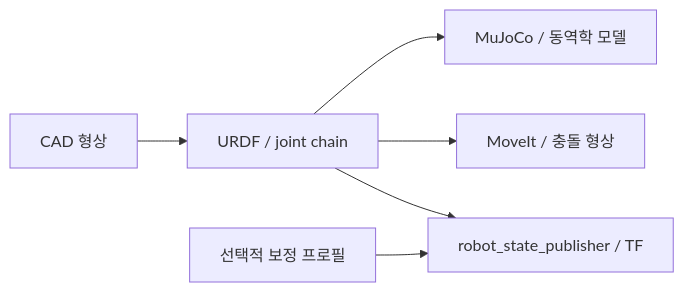
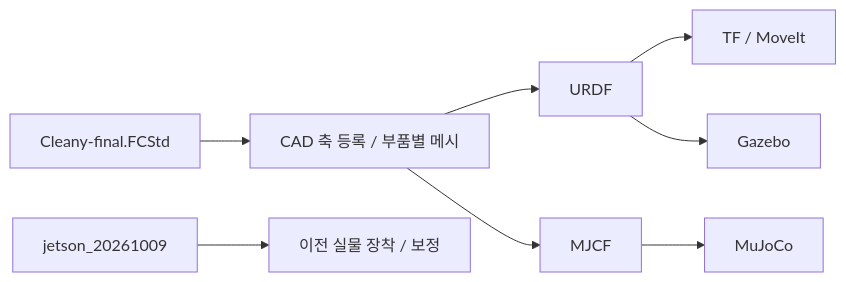
The diagram in ros2_ws/src/cleany_description/docs/model.md (asm17-moving-agent/cleany), drawn with Mermaid before and after one commit. The commit also changed other lines of this file and 836 other files, not shown here.

````diff
--- a/ros2_ws/src/cleany_description/docs/model.md
+++ b/ros2_ws/src/cleany_description/docs/model.md
@@ -3,8 +5,10 @@
 ```mermaid
 flowchart LR
-  CAD["CAD 형상"] --> URDF["URDF / joint chain"]
-  URDF --> TF["robot_state_publisher / TF"]
-  URDF --> MoveIt["MoveIt / 충돌 형상"]
-  URDF --> MJCF["MuJoCo / 동역학 모델"]
-  Cal["선택적 보정 프로필"] --> TF
+  CAD[Cleany-final.FCStd] --> Export[CAD 축 등록 / 부품별 메시]
+  Export --> URDF[URDF]
+  Export --> MJCF[MJCF]
+  URDF --> TF[TF / MoveIt]
+  URDF --> Gazebo[Gazebo]
+  MJCF --> MuJoCo[MuJoCo]
+  Old[jetson_20261009] --> Cal[이전 실물 장착 / 보정]
 ```
````
